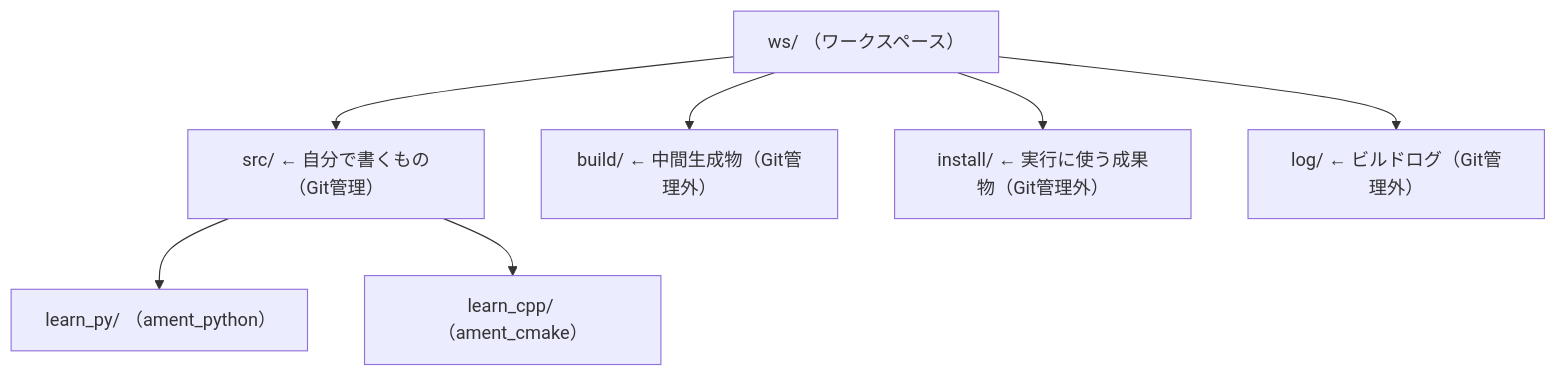
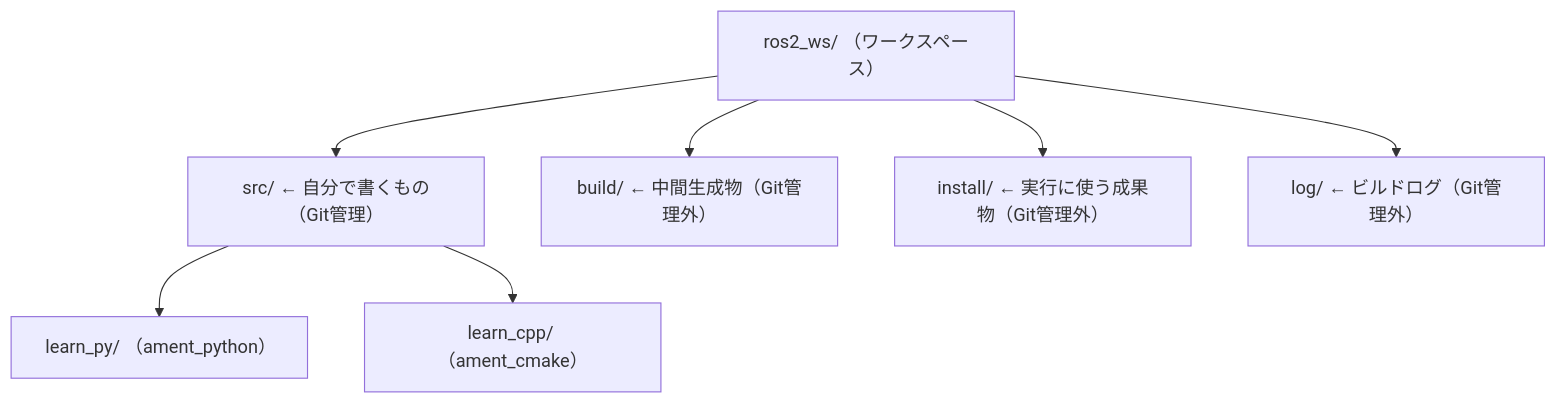
One commit to SanghunIm1991/ros2MinimalPhysicalAi changed the first of 2 diagrams in docs/phase2_packages.md. Above: the diagram before and after it, drawn with Mermaid. The commit also changed other lines of this file and 25 other files, not shown here.

Commit message:
[claude] 練習用のワークスペースを ROS2の公式チュートリアルの慣習に合わせて ~/ros2_ws に改名し、全冊のパスと本文の略記、フェーズ2の図、.gitignore・公開前レビューの点検を更新

````diff
--- a/docs/phase2_packages.md
+++ b/docs/phase2_packages.md
@@ -30,10 +30,10 @@
 ```mermaid
 flowchart TB
-    WS["ws/ （ワークスペース）"]
+    WS["ros2_ws/ （ワークスペース）"]
     WS --> SRC["src/ ← 自分で書くもの（Git管理）"]
     WS --> BLD["build/ ← 中間生成物（Git管理外）"]
     WS --> INS["install/ ← 実行に使う成果物（Git管理外）"]
     WS --> LOG["log/ ← ビルドログ（Git管理外）"]
     SRC --> PY["learn_py/ （ament_python）"]
     SRC --> CPP["learn_cpp/ （ament_cmake）"]
 ```
````
